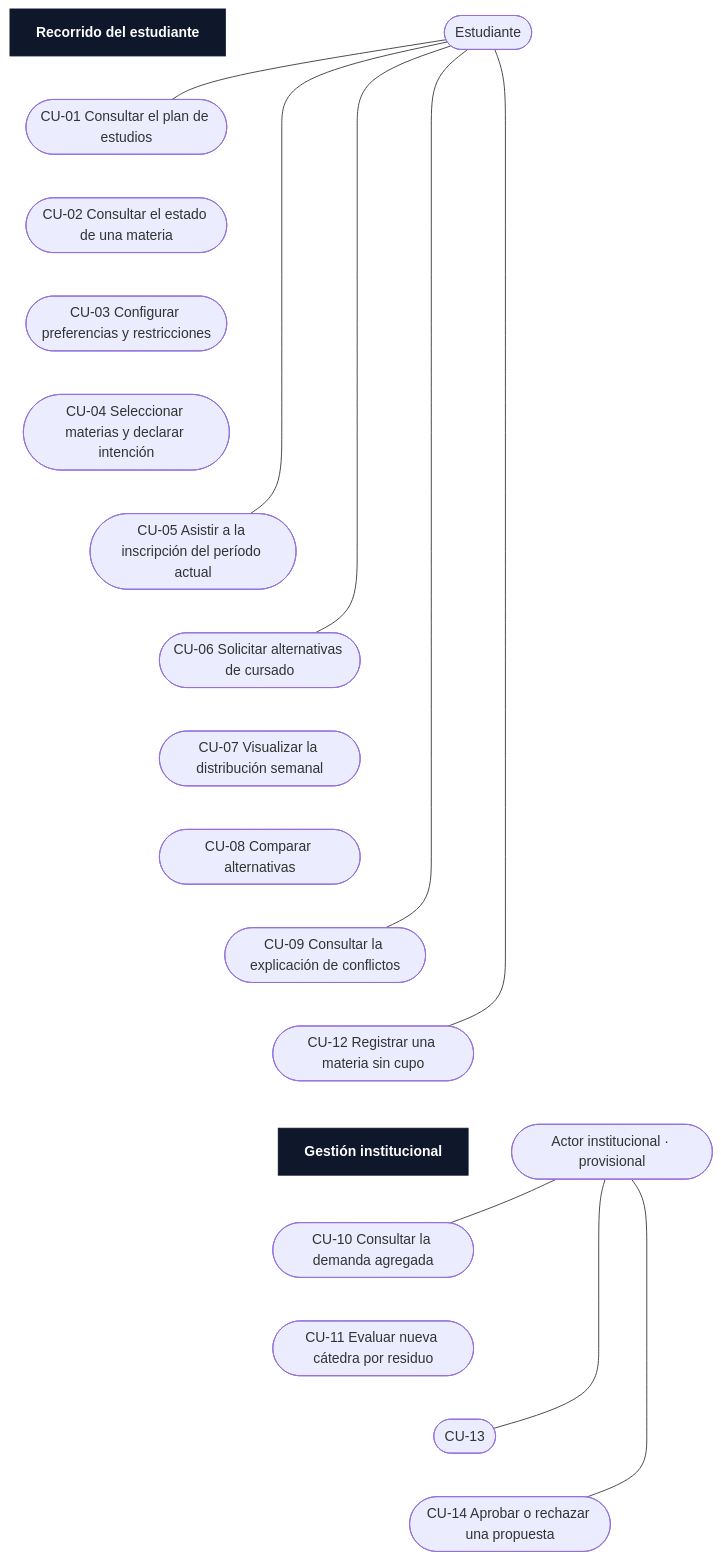
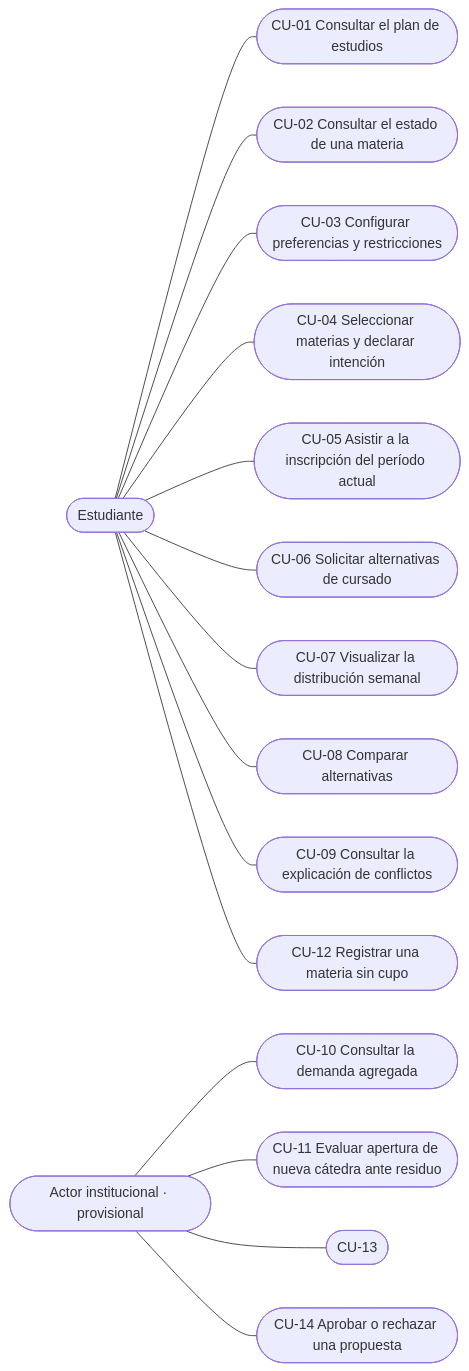
Before and after one commit to FacuDemarchi/tesis-facundo-demarchi: the diagram in documento/figuras/figura-2-casos-de-uso.mmd, drawn with Mermaid. The commit also changed 3 other files, not shown here.

First line of the commit message:
docs(thesis): associate every use case with its actor in Figure 2

```diff
--- a/documento/figuras/figura-2-casos-de-uso.mmd
+++ b/documento/figuras/figura-2-casos-de-uso.mmd
@@ -1,31 +1,31 @@
-flowchart TB
+flowchart LR
   E(["Estudiante"])
   I(["Actor institucional · provisional"])
-  T1["Recorrido del estudiante"]
   U1(["CU-01 Consultar el plan de estudios"])
   U2(["CU-02 Consultar el estado de una materia"])
   U3(["CU-03 Configurar preferencias y restricciones"])
   U4(["CU-04 Seleccionar materias y declarar intención"])
   U5(["CU-05 Asistir a la inscripción del período actual"])
   U6(["CU-06 Solicitar alternativas de cursado"])
   U7(["CU-07 Visualizar la distribución semanal"])
   U8(["CU-08 Comparar alternativas"])
   U9(["CU-09 Consultar la explicación de conflictos"])
   U12(["CU-12 Registrar una materia sin cupo"])
-  T2["Gestión institucional"]
   U10(["CU-10 Consultar la demanda agregada"])
-  U11(["CU-11 Evaluar nueva cátedra por residuo"])
+  U11(["CU-11 Evaluar apertura de nueva cátedra ante residuo"])
   U13(["CU-13"])
   U14(["CU-14 Aprobar o rechazar una propuesta"])
-  T1 ~~~ U1 ~~~ U2 ~~~ U3 ~~~ U4 ~~~ U5 ~~~ U6 ~~~ U7 ~~~ U8 ~~~ U9 ~~~ U12 ~~~ T2
-  T2 ~~~ U10 ~~~ U11 ~~~ U13 ~~~ U14
   E --- U1
+  E --- U2
+  E --- U3
+  E --- U4
   E --- U5
   E --- U6
+  E --- U7
+  E --- U8
   E --- U9
   E --- U12
   I --- U10
+  I --- U11
   I --- U13
   I --- U14
-  classDef grp fill:#0f172a,stroke:#0f172a,color:#ffffff,font-weight:bold
-  class T1,T2 grp
```
